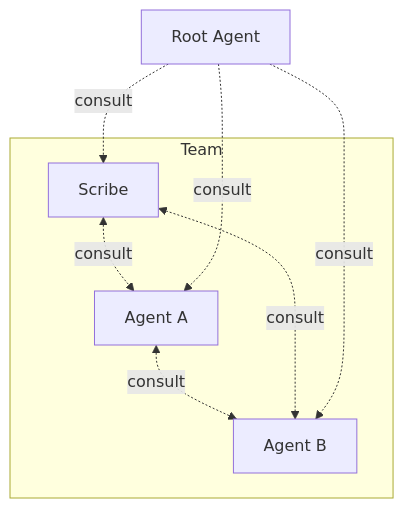
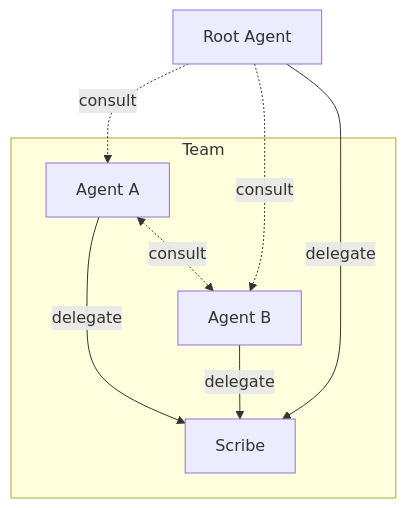
Before and after one commit to Kord96/kordinate: the first of 2 diagrams in docs/framework/consultation.md, drawn with Mermaid.

Commit message:
Diagram: consult vs delegate — scribe is delegated to, not consulted [scribe]

````diff
--- a/docs/framework/consultation.md
+++ b/docs/framework/consultation.md
@@ -3,14 +3,14 @@
 ```mermaid
 flowchart TB
     ROOT[Root Agent]
 
     subgraph team[Team]
-        SC[Scribe] <-.->|consult| A1[Agent A]
-        A1 <-.->|consult| A2[Agent B]
-        SC <-.->|consult| A2
+        A1[Agent A] <-.->|consult| A2[Agent B]
+        A1 -->|delegate| SC[Scribe]
+        A2 -->|delegate| SC
     end
 
-    ROOT -.->|consult| SC
     ROOT -.->|consult| A1
     ROOT -.->|consult| A2
+    ROOT -->|delegate| SC
 ```
````
